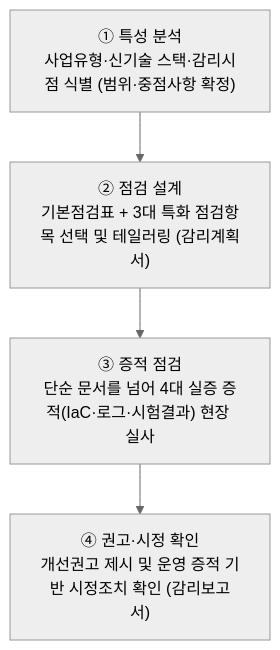
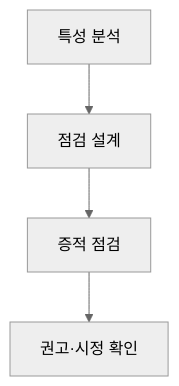
One commit to agnusdei1207/study changed the second of 3 diagrams in src/content/docs/notes/itpe/01-it-strategy/102_intelligent_information_technology_audit_guide.md. Above: the diagram before and after it, drawn with Mermaid (neutral theme). The commit also changed other lines of this file and 18 other files, not shown here.

````diff
--- a/src/content/docs/notes/itpe/01-it-strategy/102_intelligent_information_technology_audit_guide.md
+++ b/src/content/docs/notes/itpe/01-it-strategy/102_intelligent_information_technology_audit_guide.md
@@ -82,8 +85,4 @@
 ```mermaid
 flowchart TD
-    S1["① 특성 분석<br/>사업유형·신기술 스택·감리시점 식별 (범위·중점사항 확정)"]
-    S2["② 점검 설계<br/>기본점검표 + 3대 특화 점검항목 선택 및 테일러링 (감리계획서)"]
-    S3["③ 증적 점검<br/>단순 문서를 넘어 4대 실증 증적(IaC·로그·시험결과) 현장 실사"]
-    S4["④ 권고·시정 확인<br/>개선권고 제시 및 운영 증적 기반 시정조치 확인 (감리보고서)"]
-    S1 --> S2 --> S3 --> S4
+    S1["특성 분석"] --> S2["점검 설계"] --> S3["증적 점검"] --> S4["권고·시정 확인"]
 ```
````
